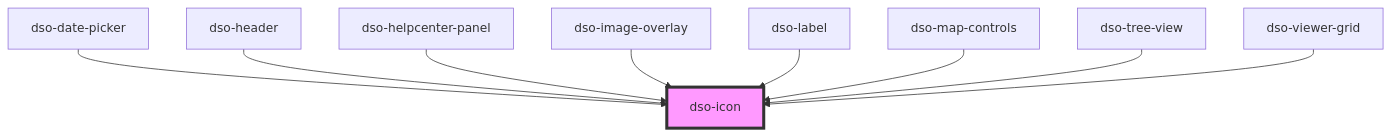
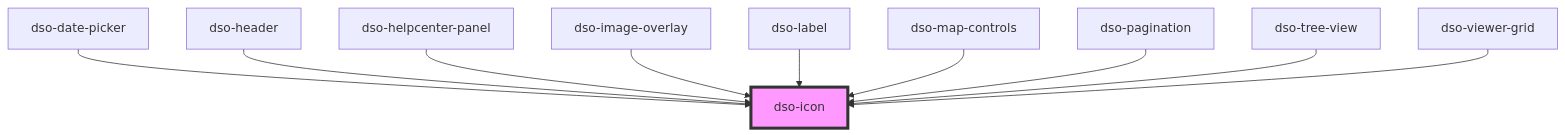
One commit to dso-toolkit/dso-toolkit changed the diagram in packages/core/src/components/icon/readme.md. Above: the diagram before and after it, drawn with Mermaid. The commit also changed other lines of this file and 12 other files, not shown here.

````diff
--- a/packages/core/src/components/icon/readme.md
+++ b/packages/core/src/components/icon/readme.md
@@ -29,12 +30,13 @@
 ```mermaid
 graph TD;
   dso-date-picker --> dso-icon
   dso-header --> dso-icon
   dso-helpcenter-panel --> dso-icon
   dso-image-overlay --> dso-icon
   dso-label --> dso-icon
   dso-map-controls --> dso-icon
+  dso-pagination --> dso-icon
   dso-tree-view --> dso-icon
   dso-viewer-grid --> dso-icon
   style dso-icon fill:#f9f,stroke:#333,stroke-width:4px
 ```
````
